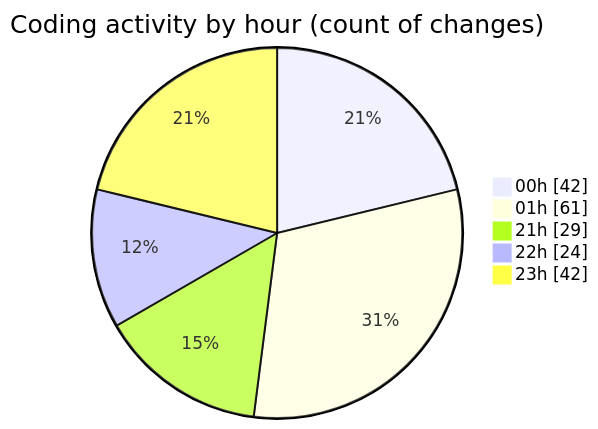
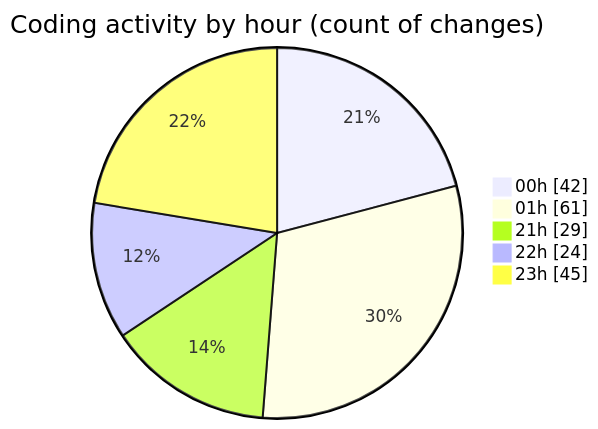
One commit to lephambinh05/code-tracking changed the second of 2 diagrams in 2025-08-12/rentotp/README.md. Above: the diagram before and after it, drawn with Mermaid. The commit also changed other lines of this file and 1 other file, not shown here.

````diff
--- a/2025-08-12/rentotp/README.md
+++ b/2025-08-12/rentotp/README.md
@@ -59,9 +59,9 @@
 ```mermaid
 pie showData
 title Coding activity by hour (count of changes)
 "00h" : 42
 "01h" : 61
 "21h" : 29
 "22h" : 24
-"23h" : 42
+"23h" : 45
 ```
````
